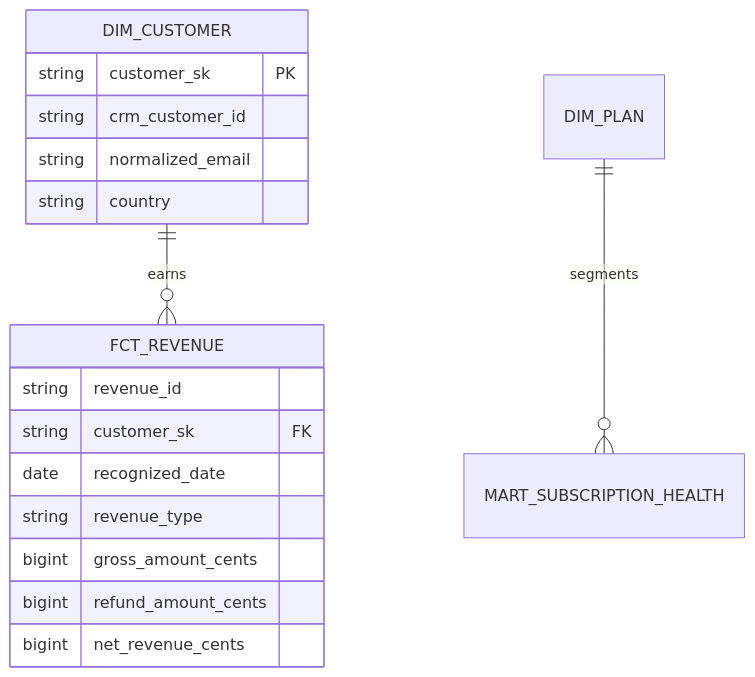
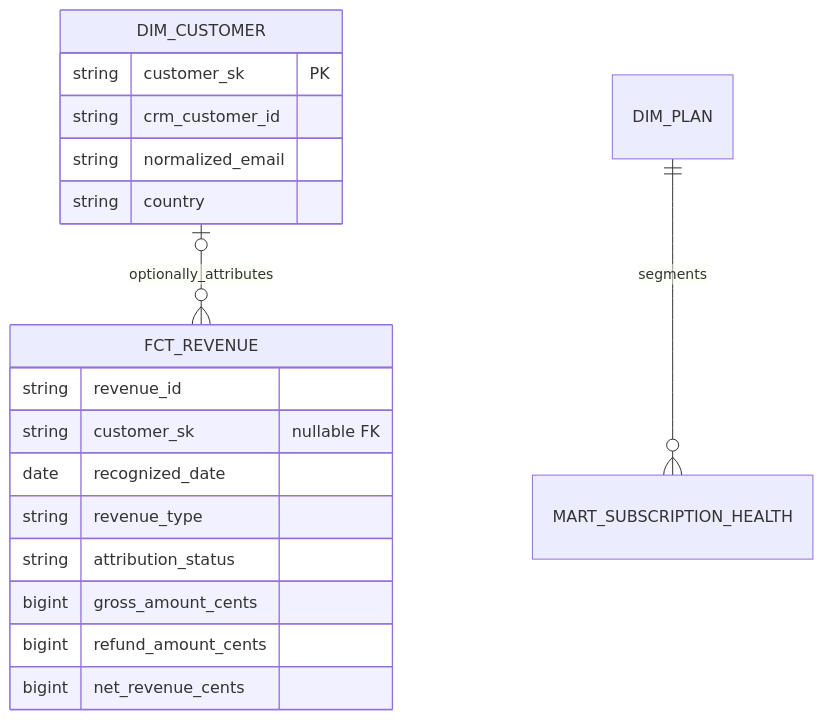
Before and after one commit to aneeshk-ds/fieldforge: the diagram in docs/data-model.md, drawn with Mermaid. The commit also changed other lines of this file and 13 other files, not shown here.

````diff
--- a/docs/data-model.md
+++ b/docs/data-model.md
@@ -3,20 +3,21 @@
 ```mermaid
 erDiagram
-  DIM_CUSTOMER ||--o{ FCT_REVENUE : earns
+  DIM_CUSTOMER |o--o{ FCT_REVENUE : optionally_attributes
   DIM_PLAN ||--o{ MART_SUBSCRIPTION_HEALTH : segments
   DIM_CUSTOMER {
     string customer_sk PK
     string crm_customer_id
     string normalized_email
     string country
   }
   FCT_REVENUE {
     string revenue_id
-    string customer_sk FK
+    string customer_sk "nullable FK"
     date recognized_date
     string revenue_type
+    string attribution_status
     bigint gross_amount_cents
     bigint refund_amount_cents
     bigint net_revenue_cents
   }
 ```
````
